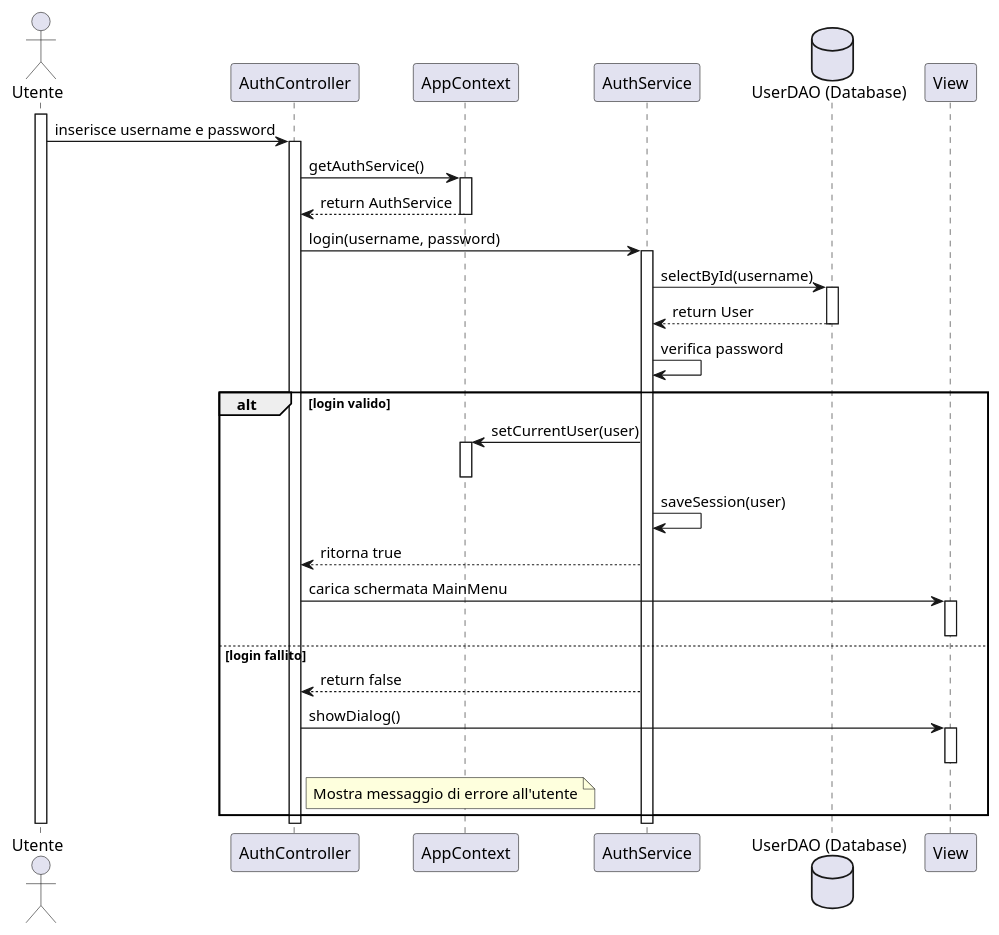
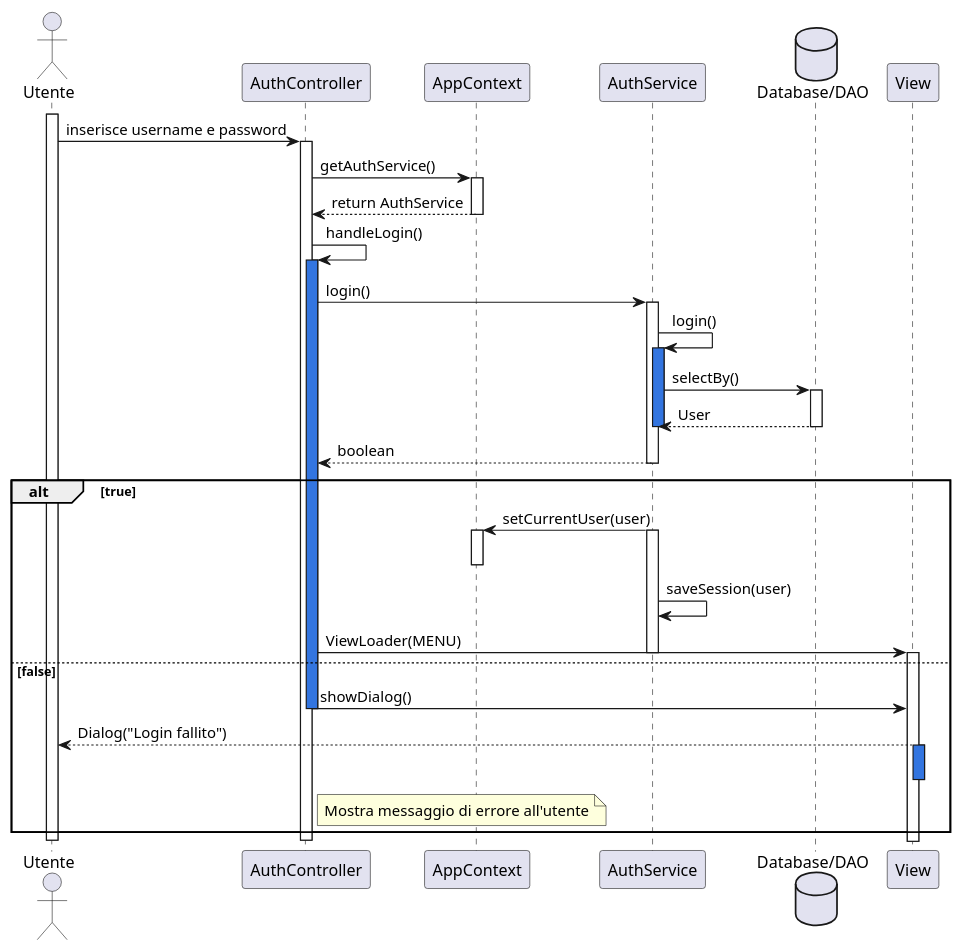
Before and after one commit to Bg735/Wordageddon-Gruppo_16: the diagram in docs/UML/DiagrammiSequenza/login.puml, drawn with PlantUML. The commit also changed 10 other files, not shown here.

```diff
--- a/docs/UML/DiagrammiSequenza/login.puml
+++ b/docs/UML/DiagrammiSequenza/login.puml
@@ -1,53 +1,59 @@
 @startuml
 actor Utente
 participant AuthController
 participant AppContext
 participant AuthService
-database "UserDAO (Database)" as DB
+database "Database/DAO" as DB
 participant View
 
 activate Utente
 Utente -> AuthController : inserisce username e password
 activate AuthController
 
 AuthController -> AppContext : getAuthService()
 activate AppContext
 AppContext --> AuthController : return AuthService
 deactivate AppContext
 
-AuthController -> AuthService : login(username, password)
+AuthController -> AuthController : handleLogin()
+activate AuthController #3375E0
+AuthController -> AuthService : login()
 activate AuthService
+AuthService -> AuthService : login()
+activate AuthService #3375E0
+AuthService -> DB : selectBy()
 
-AuthService -> DB : selectById(username)
 activate DB
 
+DB --> AuthService : User
+deactivate DB
+deactivate AuthService
 
-DB --> AuthService : return User
-deactivate DB
+AuthService --> AuthController : boolean
+deactivate AuthService
 
-AuthService -> AuthService : verifica password
-
-alt login valido
-
+alt true
     AuthService -> AppContext : setCurrentUser(user)
+    activate AuthService
     activate AppContext
     deactivate AppContext
     AuthService->AuthService: saveSession(user)
-    AuthService --> AuthController : ritorna true
-    AuthController -> View : carica schermata MainMenu
+    AuthController -> View : ViewLoader(MENU)
+    deactivate AuthService
     activate View
     deactivate View
-else login fallito
-    AuthService --> AuthController : return false
+else false
     AuthController -> View :  showDialog()
+    deactivate AuthController
+    View --> Utente : Dialog("Login fallito")
     note right of AuthController
         Mostra messaggio di errore all'utente
     end note
-    activate View
+    activate View  #3375E0
     deactivate View
 end
 
 deactivate AuthService
 deactivate AuthController
 deactivate Utente
 @enduml
```
